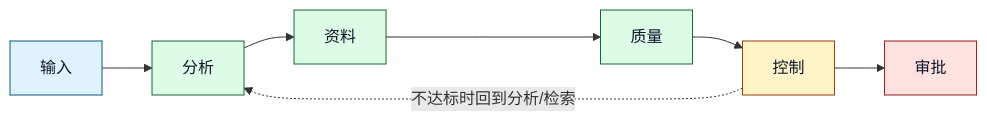
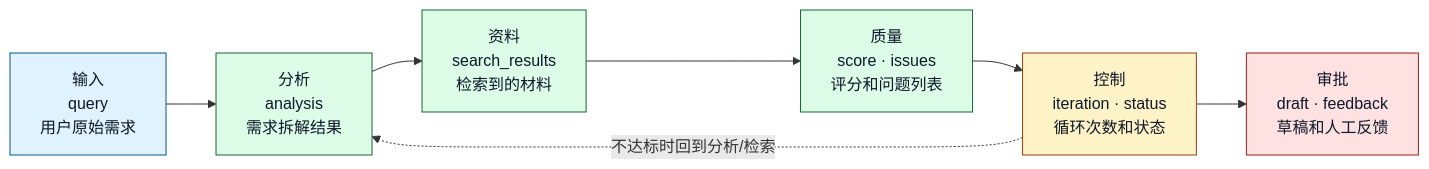
Before and after one commit to sealzrt/2026-08--agent: the fifth of 13 diagrams in ai-agent学习/06.LangGraph入门/16.LangGraph业务落地项目架构.md, drawn with Mermaid. The commit also changed other lines of this file and 13 other files, not shown here.

````diff
--- a/ai-agent学习/06.LangGraph入门/16.LangGraph业务落地项目架构.md
+++ b/ai-agent学习/06.LangGraph入门/16.LangGraph业务落地项目架构.md
@@ -160,17 +178,17 @@
 ```mermaid
 flowchart LR
-    Input[输入] --> Analyze[分析]
-    Analyze --> Data[资料]
-    Data --> Quality[质量]
-    Quality --> Control[控制]
-    Control --> Review[审批]
+    Input["输入<br/>query<br/>用户原始需求"] --> Analyze["分析<br/>analysis<br/>需求拆解结果"]
+    Analyze --> Data["资料<br/>search_results<br/>检索到的材料"]
+    Data --> Quality["质量<br/>score · issues<br/>评分和问题列表"]
+    Quality --> Control["控制<br/>iteration · status<br/>循环次数和状态"]
+    Control --> Review["审批<br/>draft · feedback<br/>草稿和人工反馈"]
     Control -.->|不达标时回到分析/检索| Analyze
     classDef core fill:#e0f2fe,stroke:#075985,color:#0f172a
     classDef cap fill:#dcfce7,stroke:#166534,color:#0f172a
     classDef biz fill:#fef3c7,stroke:#92400e,color:#0f172a
     classDef warn fill:#fee2e2,stroke:#991b1b,color:#0f172a
     class Input core
     class Analyze,Data,Quality cap
     class Control biz
     class Review warn
 ```
````
